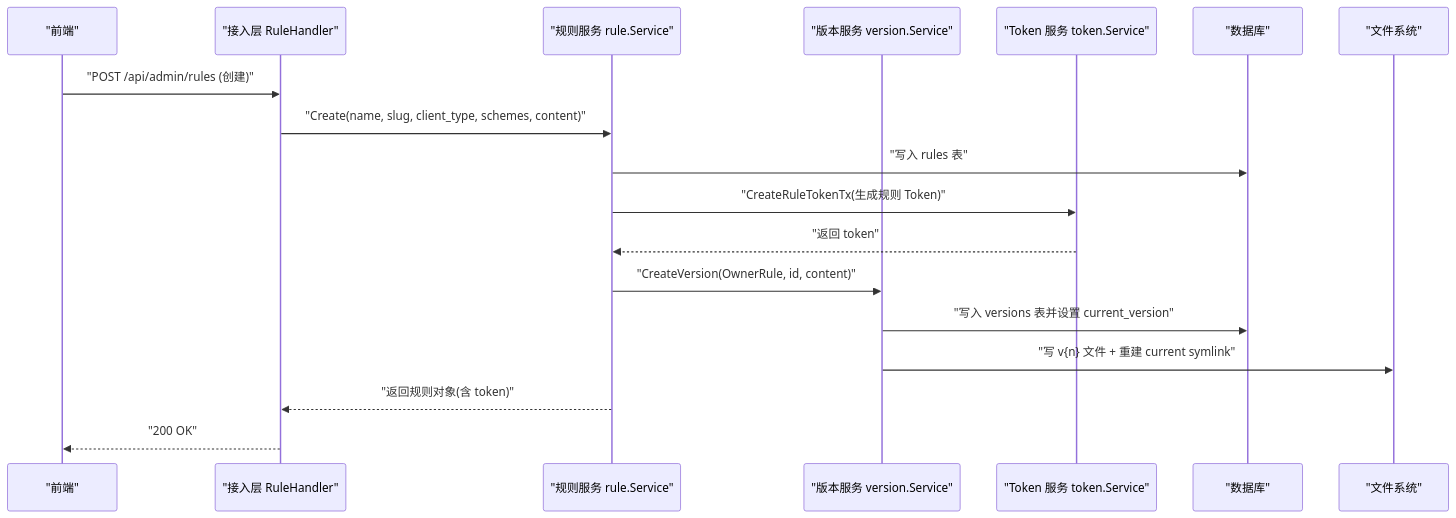
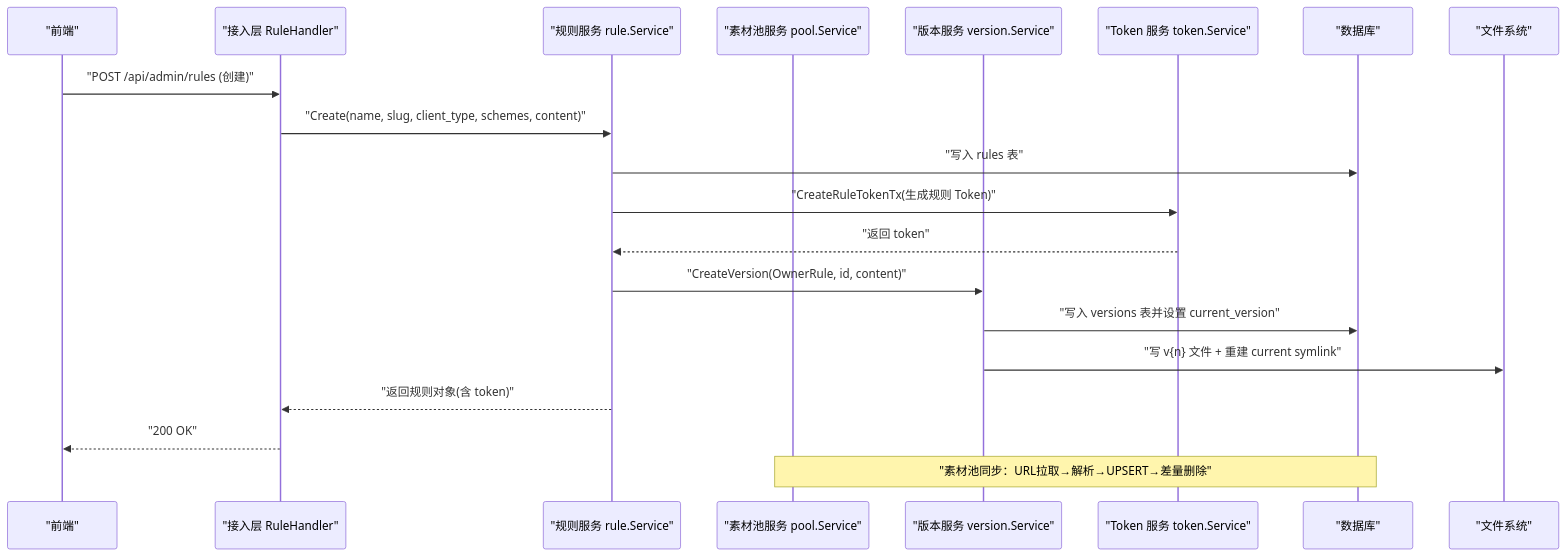
Before and after one commit to AlcaProphet/VPN-Subscription-Management: the second of 4 diagrams in .qoder/repowiki/zh/content/核心功能模块/规则引擎.md, drawn with Mermaid. The commit also changed other lines of this file and 109 other files, not shown here.

````diff
--- a/.qoder/repowiki/zh/content/核心功能模块/规则引擎.md
+++ b/.qoder/repowiki/zh/content/核心功能模块/规则引擎.md
@@ -101,20 +112,22 @@
 ```mermaid
 sequenceDiagram
 participant FE as "前端"
 participant API as "接入层 RuleHandler"
 participant RS as "规则服务 rule.Service"
+participant PS as "素材池服务 pool.Service"
 participant VS as "版本服务 version.Service"
 participant TS as "Token 服务 token.Service"
 participant DB as "数据库"
 participant FS as "文件系统"
 FE->>API : "POST /api/admin/rules (创建)"
 API->>RS : "Create(name, slug, client_type, schemes, content)"
 RS->>DB : "写入 rules 表"
 RS->>TS : "CreateRuleTokenTx(生成规则 Token)"
 TS-->>RS : "返回 token"
 RS->>VS : "CreateVersion(OwnerRule, id, content)"
 VS->>DB : "写入 versions 表并设置 current_version"
 VS->>FS : "写 v{n} 文件 + 重建 current symlink"
 RS-->>API : "返回规则对象(含 token)"
 API-->>FE : "200 OK"
+Note over PS,DB : "素材池同步：URL拉取→解析→UPSERT→差量删除"
 ```
````
